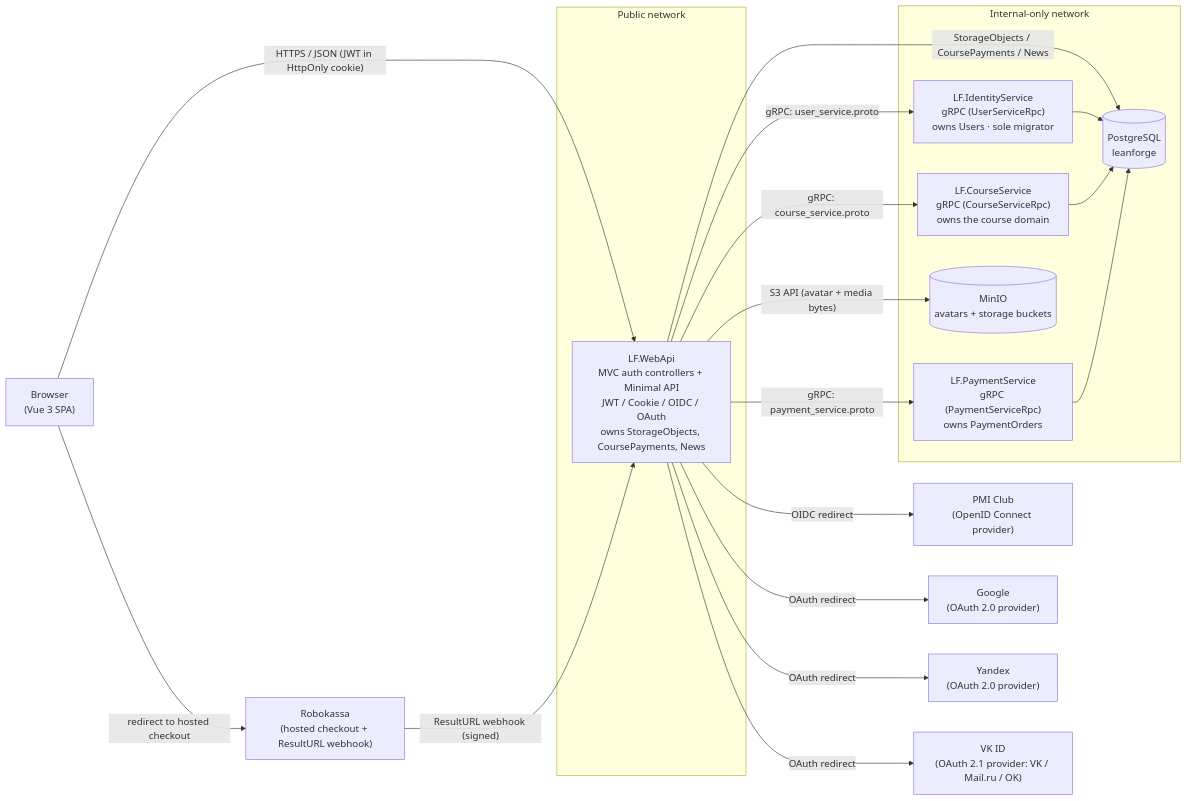
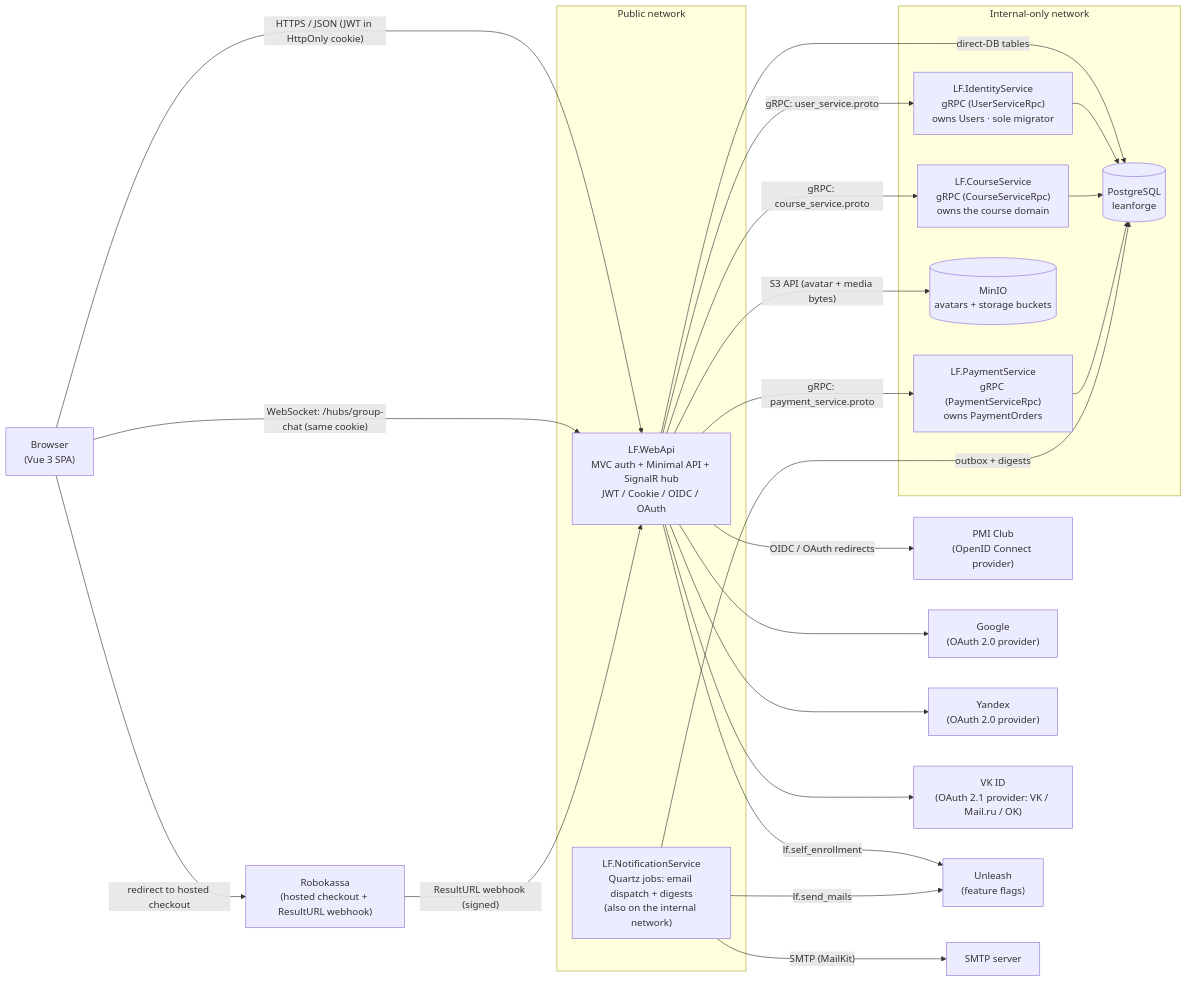
Before and after one commit to TopTuK/LeanForgeLMS: the first of 2 diagrams in Architecture.md, drawn with Mermaid. The commit also changed other lines of this file and 1 other file, not shown here.

First line of the commit message:
Bring README and Architecture docs up to date

````diff
--- a/Architecture.md
+++ b/Architecture.md
@@ -47,37 +59,45 @@
 ```mermaid
 graph LR
     Browser["Browser<br/>(Vue 3 SPA)"]
     PMI["PMI Club<br/>(OpenID Connect provider)"]
     Google["Google<br/>(OAuth 2.0 provider)"]
     Yandex["Yandex<br/>(OAuth 2.0 provider)"]
     VkId["VK ID<br/>(OAuth 2.1 provider: VK / Mail.ru / OK)"]
     Robokassa["Robokassa<br/>(hosted checkout + ResultURL webhook)"]
+    Unleash["Unleash<br/>(feature flags)"]
+    Smtp["SMTP server"]
 
     subgraph Public["Public network"]
-        WebApi["LF.WebApi<br/>MVC auth controllers + Minimal API<br/>JWT / Cookie / OIDC / OAuth<br/>owns StorageObjects, CoursePayments, News"]
+        WebApi["LF.WebApi<br/>MVC auth + Minimal API + SignalR hub<br/>JWT / Cookie / OIDC / OAuth"]
+        NotificationSvc["LF.NotificationService<br/>Quartz jobs: email dispatch + digests<br/>(also on the internal network)"]
     end
 
     subgraph Internal["Internal-only network"]
         IdentitySvc["LF.IdentityService<br/>gRPC (UserServiceRpc)<br/>owns Users · sole migrator"]
         CourseSvc["LF.CourseService<br/>gRPC (CourseServiceRpc)<br/>owns the course domain"]
         PaymentSvc["LF.PaymentService<br/>gRPC (PaymentServiceRpc)<br/>owns PaymentOrders"]
         Postgres[("PostgreSQL<br/>leanforge")]
         Minio[("MinIO<br/>avatars + storage buckets")]
     end
 
     Browser -- "HTTPS / JSON (JWT in HttpOnly cookie)" --> WebApi
+    Browser -- "WebSocket: /hubs/group-chat (same cookie)" --> WebApi
     Browser -- "redirect to hosted checkout" --> Robokassa
     Robokassa -- "ResultURL webhook (signed)" --> WebApi
-    WebApi -- "OIDC redirect" --> PMI
-    WebApi -- "OAuth redirect" --> Google
-    WebApi -- "OAuth redirect" --> Yandex
-    WebApi -- "OAuth redirect" --> VkId
+    WebApi -- "OIDC / OAuth redirects" --> PMI
+    WebApi --> Google
+    WebApi --> Yandex
+    WebApi --> VkId
+    WebApi -- "lf.self_enrollment" --> Unleash
     WebApi -- "gRPC: user_service.proto" --> IdentitySvc
     WebApi -- "gRPC: course_service.proto" --> CourseSvc
     WebApi -- "gRPC: payment_service.proto" --> PaymentSvc
     WebApi -- "S3 API (avatar + media bytes)" --> Minio
-    WebApi -- "StorageObjects / CoursePayments / News" --> Postgres
+    WebApi -- "direct-DB tables" --> Postgres
     IdentitySvc --> Postgres
     CourseSvc --> Postgres
     PaymentSvc --> Postgres
+    NotificationSvc -- "outbox + digests" --> Postgres
+    NotificationSvc -- "lf.send_mails" --> Unleash
+    NotificationSvc -- "SMTP (MailKit)" --> Smtp
 ```
````
